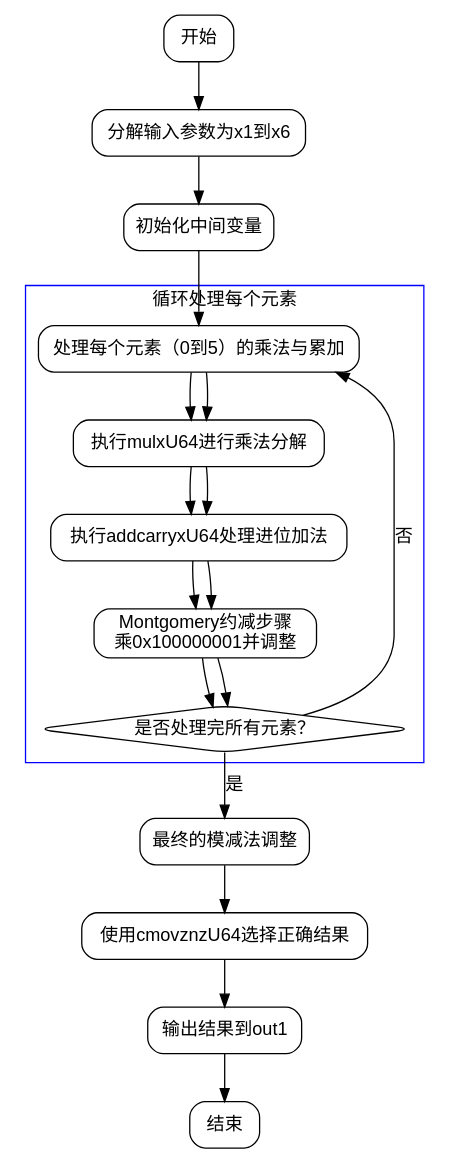
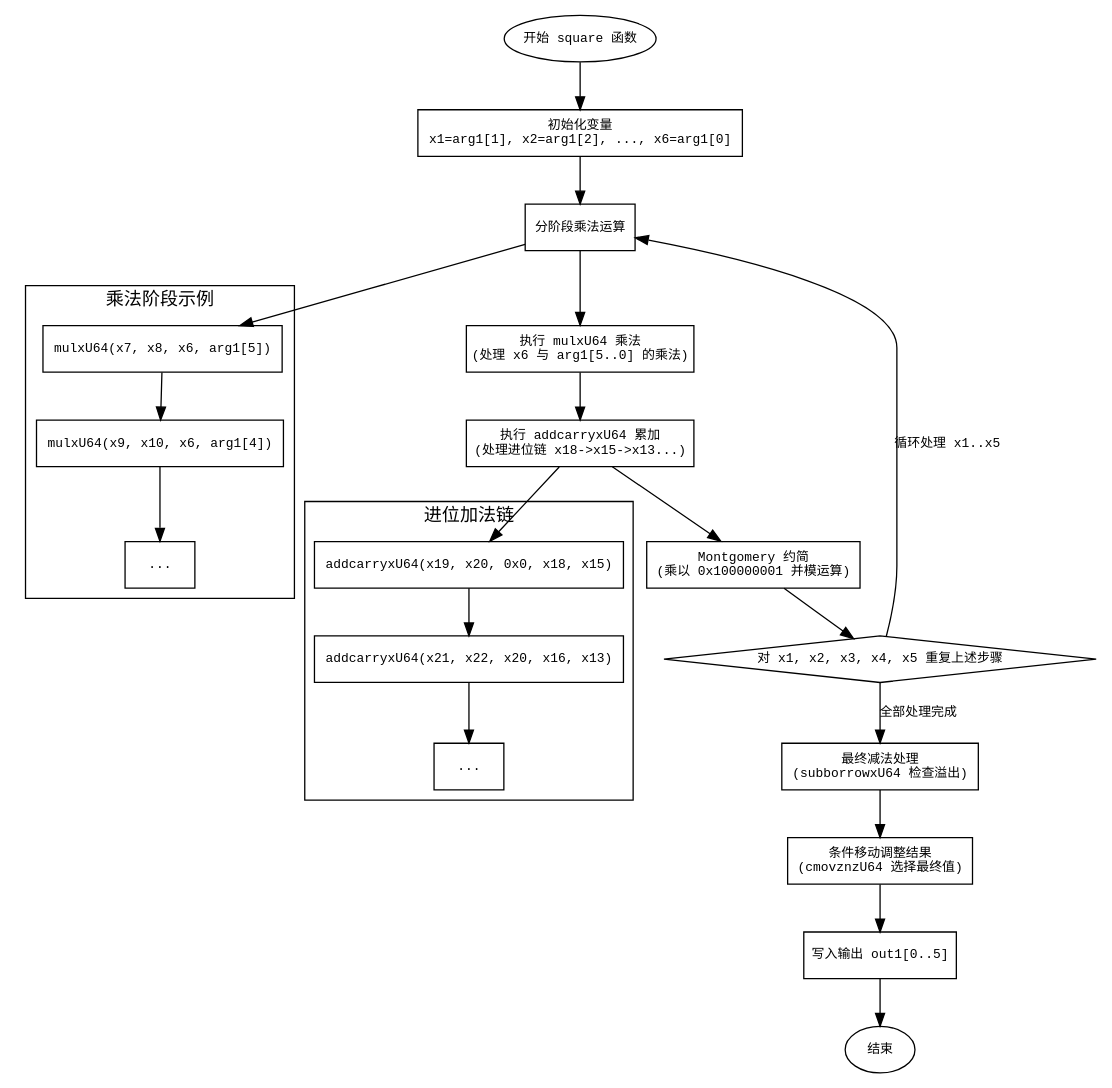
The diagram in dot_std/crypto/pcurves/p384/p384_64.zig.square.md (sdzx-1/deepseek-zig-reader), drawn with Graphviz before and after one commit. The commit also changed other lines of this file and 236 other files, not shown here.

````diff
--- a/dot_std/crypto/pcurves/p384/p384_64.zig.square.md
+++ b/dot_std/crypto/pcurves/p384/p384_64.zig.square.md
@@ -36,41 +32,54 @@
 ```dot
-digraph flowchart {
-    node [shape=rectangle, style="rounded", fontname="Helvetica"];
-    edge [fontname="Helvetica"];
+digraph {
+    node [shape=rectangle, fontname="Courier", fontsize=10];
+    edge [fontname="Courier", fontsize=10];
 
-    start [label="开始"];
-    parse_input [label="分解输入参数为x1到x6"];
-    init_vars [label="初始化中间变量"];
-    process_element [label="处理每个元素（0到5）的乘法与累加"];
-    mul_step [label="执行mulxU64进行乘法分解"];
-    addcarry_step [label="执行addcarryxU64处理进位加法"];
-    montgomery_reduce [label="Montgomery约减步骤\n乘0x100000001并调整"];
-    check_next_element [label="是否处理完所有元素？", shape=diamond];
-    final_reduction [label="最终的模减法调整"];
-    cmov_conditional [label="使用cmovznzU64选择正确结果"];
-    output [label="输出结果到out1"];
-    end [label="结束"];
+    start [label="开始 square 函数", shape=ellipse];
+    init_vars [label="初始化变量\nx1=arg1[1], x2=arg1[2], ..., x6=arg1[0]"];
+    multiply_phases [label="分阶段乘法运算", shape=box];
+    mulx_steps [label="执行 mulxU64 乘法\n(处理 x6 与 arg1[5..0] 的乘法)", shape=box];
+    addcarry_steps [label="执行 addcarryxU64 累加\n(处理进位链 x18->x15->x13...)", shape=box];
+    montgomery_reduction [label="Montgomery 约简\n(乘以 0x100000001 并模运算)", shape=box];
+    repeat_for_xi [label="对 x1, x2, x3, x4, x5 重复上述步骤", shape=diamond];
+    final_subtraction [label="最终减法处理\n(subborrowxU64 检查溢出)", shape=box];
+    cmovznz_adjust [label="条件移动调整结果\n(cmovznzU64 选择最终值)", shape=box];
+    output_result [label="写入输出 out1[0..5]", shape=box];
+    end [label="结束", shape=ellipse];
 
-    start -> parse_input;
-    parse_input -> init_vars;
-    init_vars -> process_element;
+    start -> init_vars;
+    init_vars -> multiply_phases;
+    multiply_phases -> mulx_steps;
+    mulx_steps -> addcarry_steps;
+    addcarry_steps -> montgomery_reduction;
+    montgomery_reduction -> repeat_for_xi;
 
-    process_element -> mul_step;
-    mul_step -> addcarry_step;
-    addcarry_step -> montgomery_reduce;
-    montgomery_reduce -> check_next_element;
+    repeat_for_xi -> multiply_phases [label="循环处理 x1..x5"];
+    repeat_for_xi -> final_subtraction [label="全部处理完成"];
 
-    check_next_element -> process_element [label="否"];
-    check_next_element -> final_reduction [label="是"];
+    final_subtraction -> cmovznz_adjust;
+    cmovznz_adjust -> output_result;
+    output_result -> end;
 
-    final_reduction -> cmov_conditional;
-    cmov_conditional -> output;
-    output -> end;
+    // 详细步骤子图（示例）
+    subgraph cluster_multiply {
+        label="乘法阶段示例";
+        mul_step1 [label="mulxU64(x7, x8, x6, arg1[5])"];
+        mul_step2 [label="mulxU64(x9, x10, x6, arg1[4])"];
+        mul_step3 [label="..."];
+        mul_step1 -> mul_step2 -> mul_step3;
+    }
 
-    subgraph cluster_loop {
-        label="循环处理每个元素";
-        color=blue;
-        process_element -> mul_step -> addcarry_step -> montgomery_reduce -> check_next_element;
+    // 进位链子图
+    subgraph cluster_addcarry {
+        label="进位加法链";
+        add1 [label="addcarryxU64(x19, x20, 0x0, x18, x15)"];
+        add2 [label="addcarryxU64(x21, x22, x20, x16, x13)"];
+        add3 [label="..."];
+        add1 -> add2 -> add3;
     }
+
+    // 连接子图到主流程
+    multiply_phases -> mul_step1;
+    addcarry_steps -> add1;
 }
 ```
````
